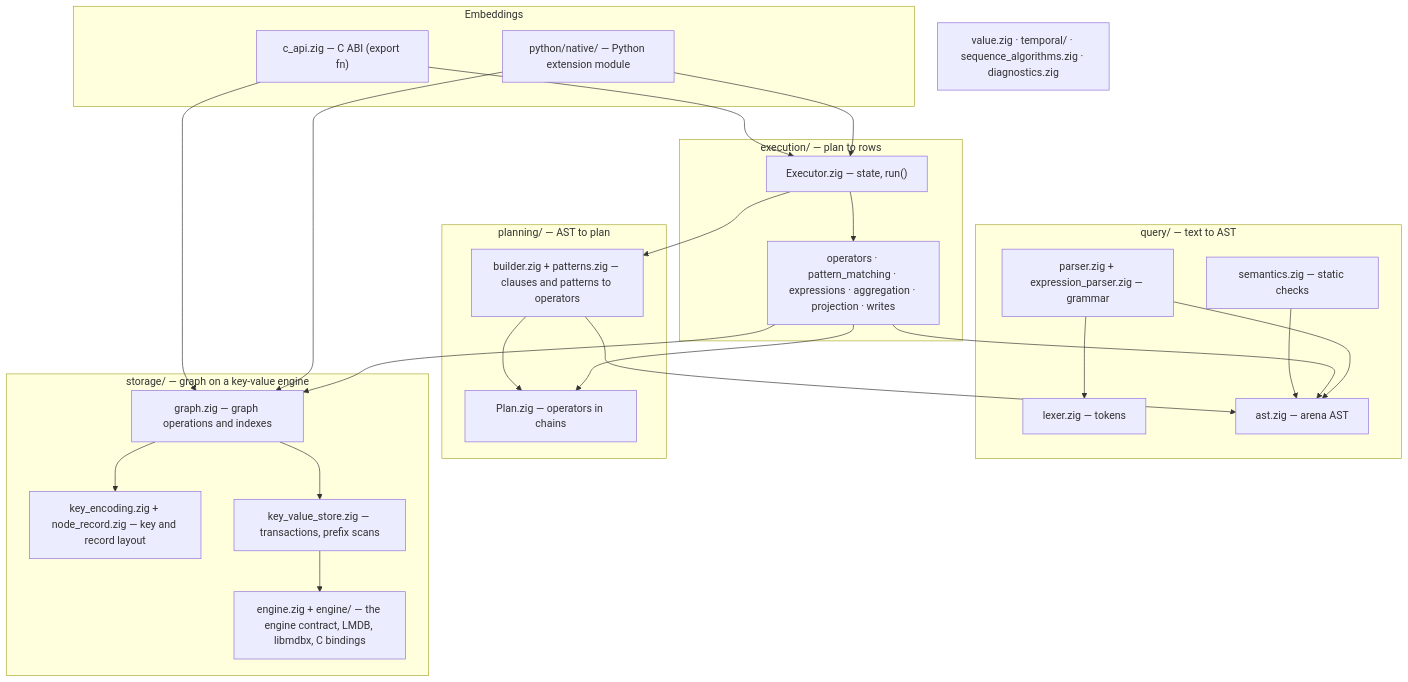
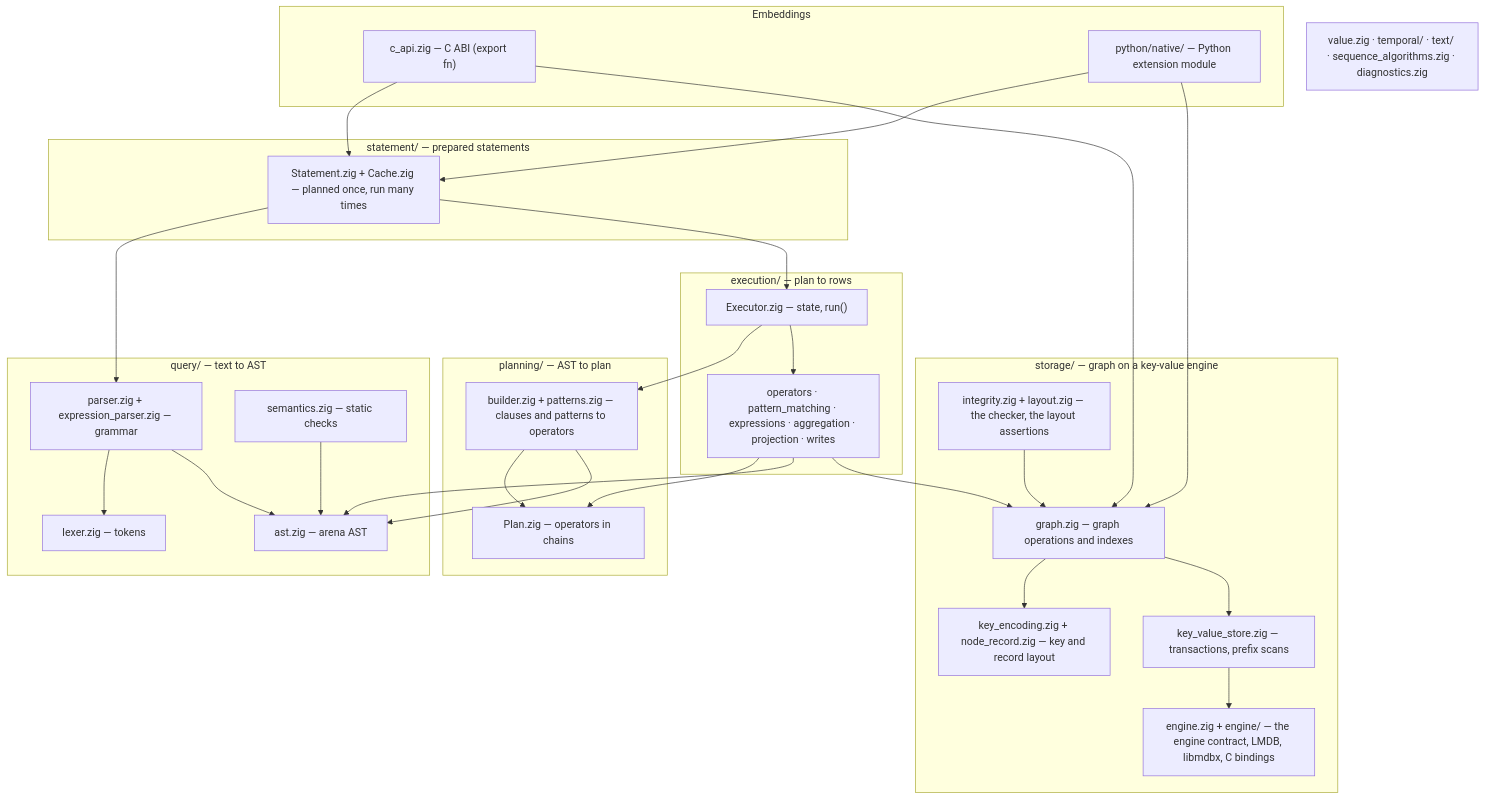
The first of 2 diagrams in docs/guide/architecture.md (acasadom/zypherdb), drawn with Mermaid before and after one commit. The commit also changed other lines of this file, not shown here.

First line of the commit message:
docs(architecture): correct the guide against the code

````diff
--- a/docs/guide/architecture.md
+++ b/docs/guide/architecture.md
@@ -45,46 +45,53 @@
 ```{mermaid}
 flowchart TB
   subgraph embed["Embeddings"]
     CAPI["c_api.zig — C ABI (export fn)"]
     PyNative["python/native/ — Python extension module"]
+  end
+  subgraph statement["statement/ — prepared statements"]
+    Prepared["Statement.zig + Cache.zig — planned once, run many times"]
   end
   subgraph query["query/ — text to AST"]
     Lexer["lexer.zig — tokens"]
     Parser["parser.zig + expression_parser.zig — grammar"]
     AST["ast.zig — arena AST"]
     Semantics["semantics.zig — static checks"]
   end
   subgraph planning["planning/ — AST to plan"]
     Builder["builder.zig + patterns.zig — clauses and patterns to operators"]
     PlanIR["Plan.zig — operators in chains"]
   end
   subgraph execution["execution/ — plan to rows"]
     Executor["Executor.zig — state, run()"]
     Steps["operators · pattern_matching · expressions · aggregation · projection · writes"]
   end
   subgraph storage["storage/ — graph on a key-value engine"]
     Graph["graph.zig — graph operations and indexes"]
     Keys["key_encoding.zig + node_record.zig — key and record layout"]
     KV["key_value_store.zig — transactions, prefix scans"]
     Engine["engine.zig + engine/ — the engine contract, LMDB, libmdbx, C bindings"]
+    Integrity["integrity.zig + layout.zig — the checker, the layout assertions"]
   end
-  Shared["value.zig · temporal/ · sequence_algorithms.zig · diagnostics.zig"]
+  Shared["value.zig · temporal/ · text/ · sequence_algorithms.zig · diagnostics.zig"]
 
-  CAPI --> Executor
+  CAPI --> Prepared
   CAPI --> Graph
-  PyNative --> Executor
+  PyNative --> Prepared
   PyNative --> Graph
+  Prepared --> Parser
+  Prepared --> Executor
+  Integrity --> Graph
   Semantics --> AST
   Executor --> Builder
   Builder --> PlanIR
   Builder --> AST
   Executor --> Steps
   Steps --> PlanIR
   Steps --> AST
   Steps --> Graph
   Parser --> Lexer
   Parser --> AST
   Graph --> Keys
   Graph --> KV
   KV --> Engine
 ```
````
